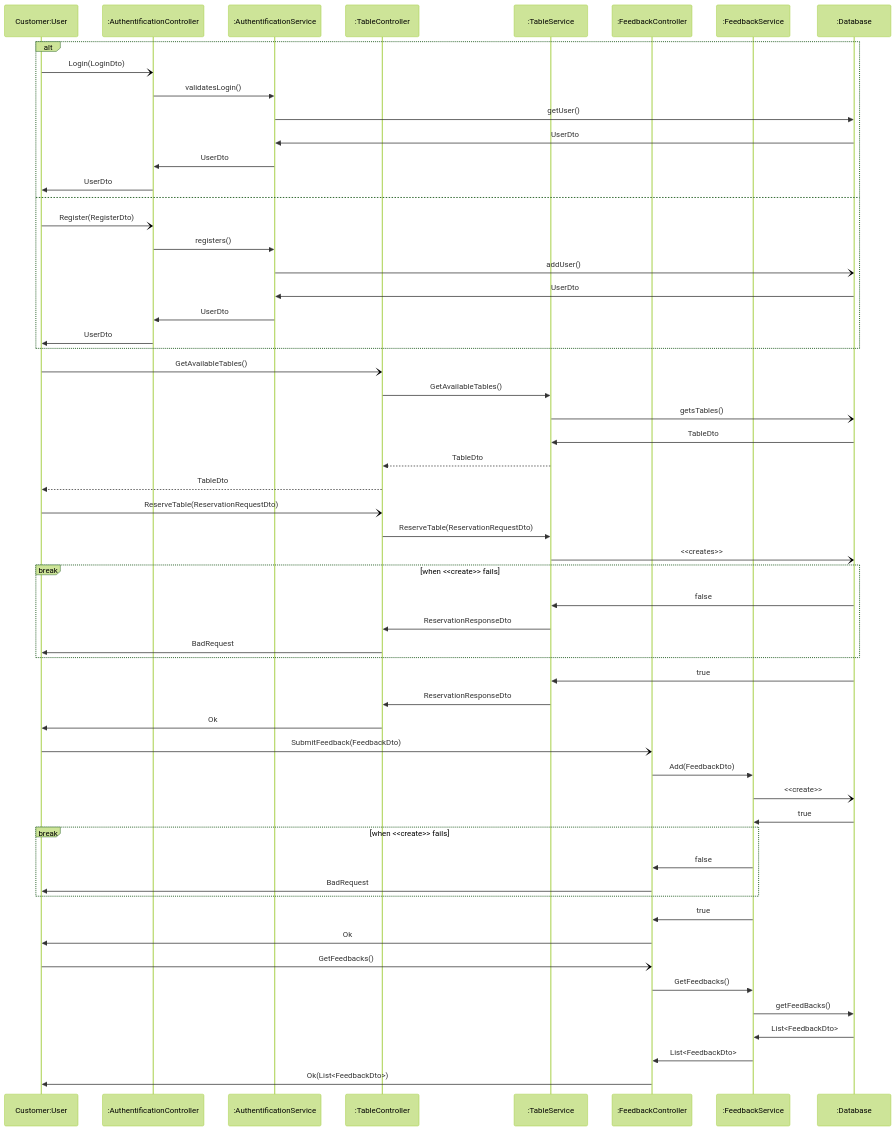
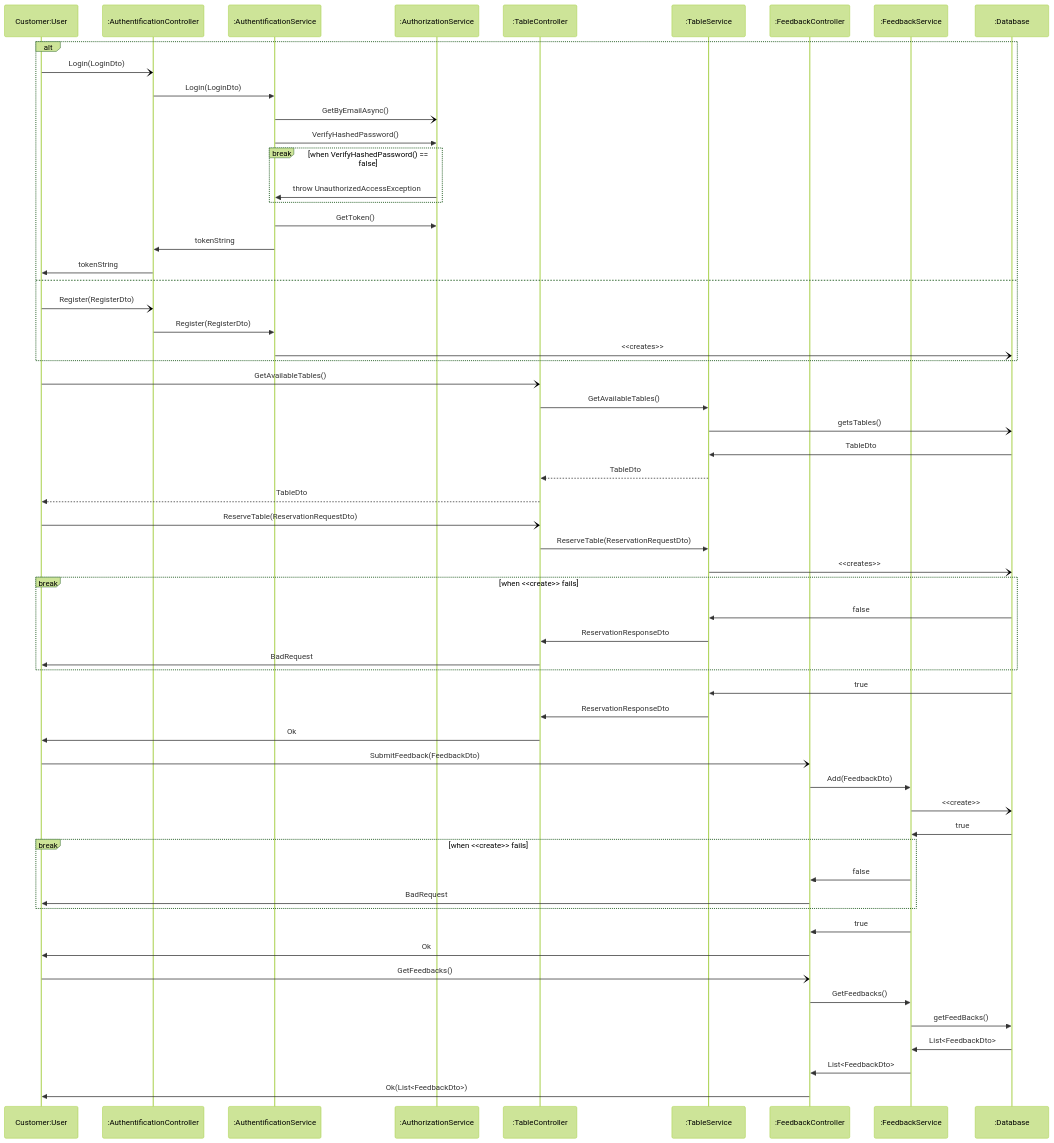
One commit to Serban8/rest-reserv-plt changed the diagram in reserv-plt/sequence_diagram_be.md. Above: the diagram before and after it, drawn with Mermaid (forest theme). The commit also changed 1 other file, not shown here.

Commit message:
fixed diagram

````diff
--- a/reserv-plt/sequence_diagram_be.md
+++ b/reserv-plt/sequence_diagram_be.md
@@ -1,89 +1,75 @@
 ```mermaid
 
-sequenceDiagram
+    sequenceDiagram
     participant Customer as Customer:User
     participant AuthentificationController as :AuthentificationController
     participant AuthentificationService as :AuthentificationService
+    participant AuthorizationService as :AuthorizationService
     participant TableController as :TableController
     participant TableService as :TableService
     participant FeedbackController as :FeedbackController
     participant FeedbackService as :FeedbackService
     participant Database as :Database
 
 
 
     alt
     Customer-)AuthentificationController: Login(LoginDto)
-    AuthentificationController ->> AuthentificationService: validatesLogin() 
-    AuthentificationService ->> Database: getUser()
-
-    Database ->> AuthentificationService: UserDto
-    AuthentificationService ->> AuthentificationController: UserDto
-    AuthentificationController ->> Customer: UserDto
+    AuthentificationController ->> AuthentificationService: Login(LoginDto) 
+    AuthentificationService -) AuthorizationService: GetByEmailAsync()
+    AuthentificationService ->> AuthorizationService: VerifyHashedPassword()
+    break when VerifyHashedPassword() == false
+        AuthorizationService ->> AuthentificationService: throw UnauthorizedAccessException
+    end
+    AuthentificationService ->> AuthorizationService: GetToken()
+    AuthentificationService ->> AuthentificationController: tokenString
+    AuthentificationController ->> Customer: tokenString
 
     else
 
     Customer -) AuthentificationController:  Register(RegisterDto)
-    AuthentificationController ->> AuthentificationService: registers()
-    AuthentificationService -) Database: addUser()
-
-    Database ->> AuthentificationService: UserDto
-    AuthentificationService ->> AuthentificationController: UserDto
-    AuthentificationController ->> Customer: UserDto
+    AuthentificationController ->> AuthentificationService: Register(RegisterDto)
+    AuthentificationService -) Database: <<creates>>
     
     end
     
     Customer -) TableController: GetAvailableTables()
     TableController ->> TableService: GetAvailableTables()
     TableService -) Database: getsTables()
     Database ->> TableService: TableDto
     TableService -->> TableController: TableDto
     TableController -->> Customer: TableDto
 
     Customer -) TableController: ReserveTable(ReservationRequestDto)
     TableController ->> TableService: ReserveTable(ReservationRequestDto)
     TableService -) Database: <<creates>>
     break when <<create>> fails
     Database ->> TableService: false
     TableService ->> TableController: ReservationResponseDto
     TableController ->> Customer: BadRequest
     end
     Database ->> TableService: true
     TableService ->> TableController: ReservationResponseDto
     TableController ->> Customer: Ok
 
 
     Customer -) FeedbackController: SubmitFeedback(FeedbackDto)
     FeedbackController ->> FeedbackService: Add(FeedbackDto)
     FeedbackService -) Database: <<create>>
     Database ->> FeedbackService: true
     break when <<create>> fails
     FeedbackService ->> FeedbackController: false
     FeedbackController ->> Customer : BadRequest
     end
     FeedbackService ->> FeedbackController: true
     FeedbackController ->> Customer: Ok
 
     Customer -) FeedbackController: GetFeedbacks()
     FeedbackController ->> FeedbackService: GetFeedbacks()
     FeedbackService ->> Database: getFeedBacks()
     Database ->> FeedbackService: List<FeedbackDto>
     FeedbackService ->> FeedbackController: List<FeedbackDto>
     FeedbackController ->> Customer: Ok(List<FeedbackDto>)
 
-    
-
-
-
-
-
-
-
-
-
-
-
-
-
 
 ```
````
